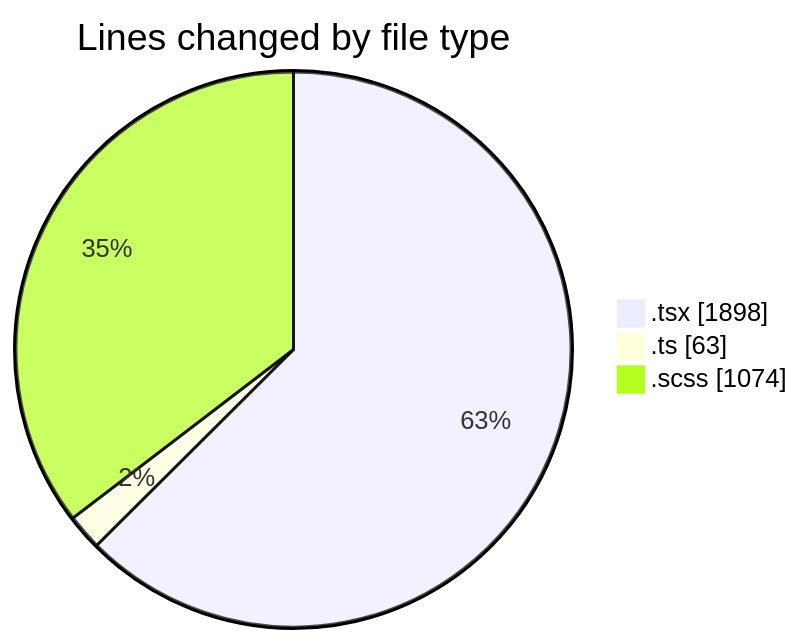
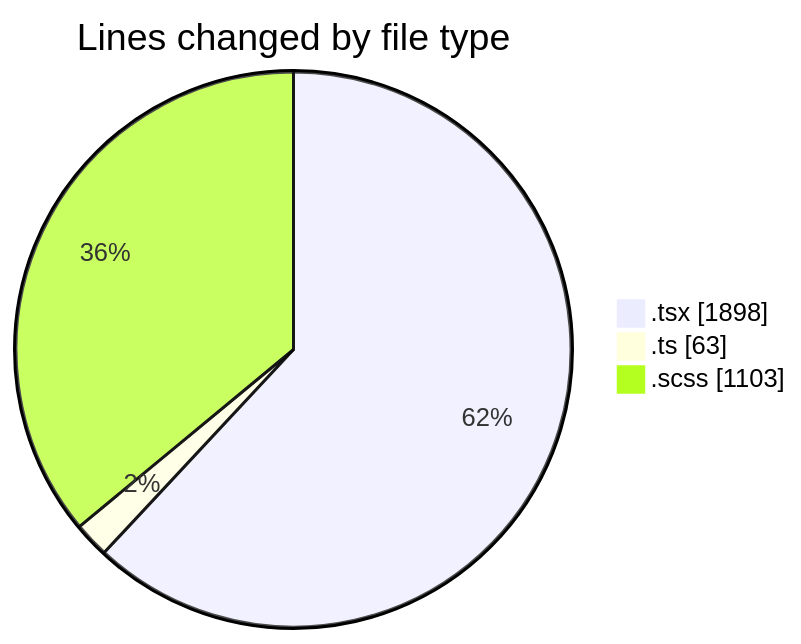
One commit to momahboobian/code-tracking changed the first of 2 diagrams in 2025-04-02/cda/README.md. Above: the diagram before and after it, drawn with Mermaid. The commit also changed other lines of this file and 1 other file, not shown here.

````diff
--- a/2025-04-02/cda/README.md
+++ b/2025-04-02/cda/README.md
@@ -30,7 +30,7 @@
 ```mermaid
 pie showData
 title Lines changed by file type
 ".tsx" : 1898
 ".ts" : 63
-".scss" : 1074
+".scss" : 1103
 ```
````
